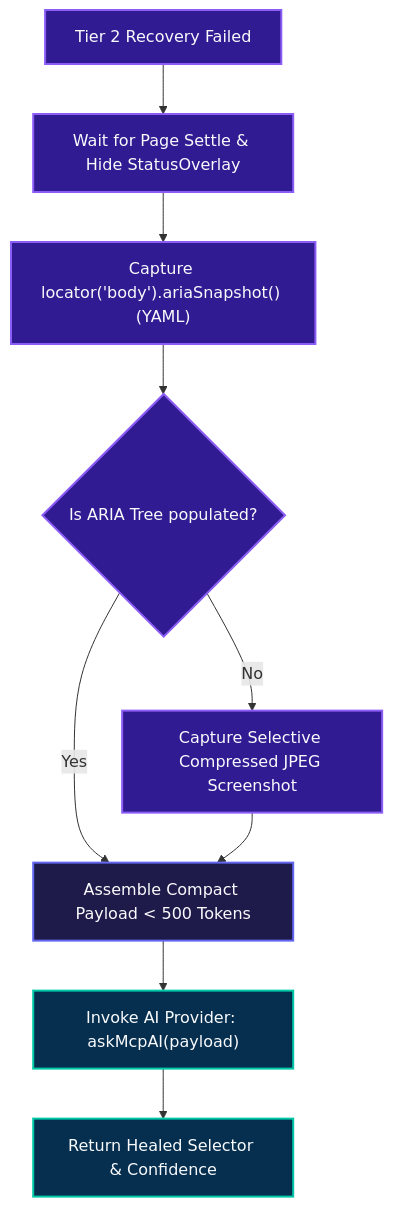
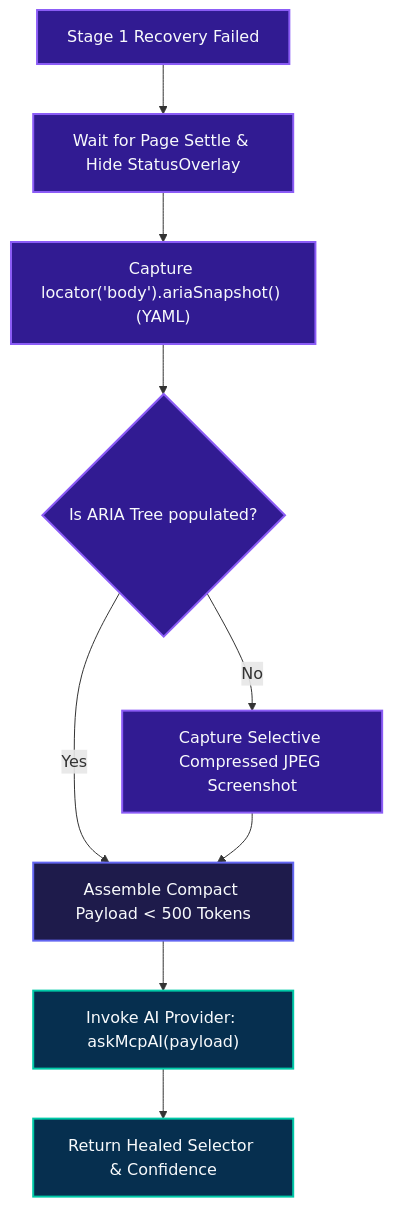
Before and after one commit to shambhoo-narwaria/reLOCATE.AI-Intelligent-Element-Recovery-Engine: the seventh of 7 diagrams in docs/architecture.md, drawn with Mermaid. The commit also changed other lines of this file and 24 other files, not shown here.

````diff
--- a/docs/architecture.md
+++ b/docs/architecture.md
@@ -532,15 +532,15 @@
 ```mermaid
 graph TD
     classDef mcp fill:#311b92,stroke:#8b5cf6,stroke-width:2px,color:#f8fafc;
     classDef payload fill:#1e1b4b,stroke:#6366f1,stroke-width:2px,color:#f8fafc;
     classDef ai fill:#062f4f,stroke:#00c9a7,stroke-width:2px,color:#f8fafc;
 
-    A[Tier 2 Recovery Failed]:::mcp --> B[Wait for Page Settle & Hide StatusOverlay]:::mcp
+    A[Stage 1 Recovery Failed]:::mcp --> B[Wait for Page Settle & Hide StatusOverlay]:::mcp
     B --> C["Capture locator('body').ariaSnapshot() (YAML)"]:::mcp
     C --> D{Is ARIA Tree populated?}:::mcp
     D -->|No| E[Capture Selective Compressed JPEG Screenshot]:::mcp
     D -->|Yes| F[Assemble Compact Payload < 500 Tokens]:::payload
     E --> F
     F --> G["Invoke AI Provider: askMcpAI(payload)"]:::ai
     G --> H[Return Healed Selector & Confidence]:::ai
 ```
````
